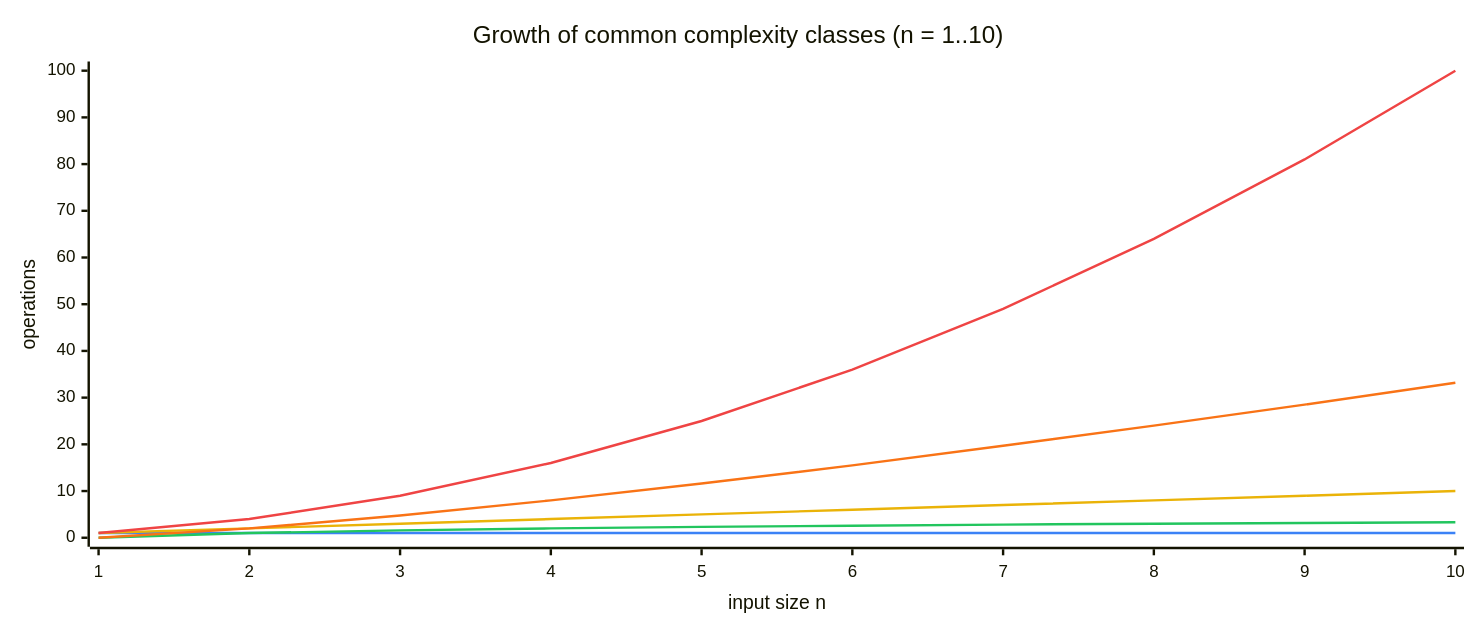
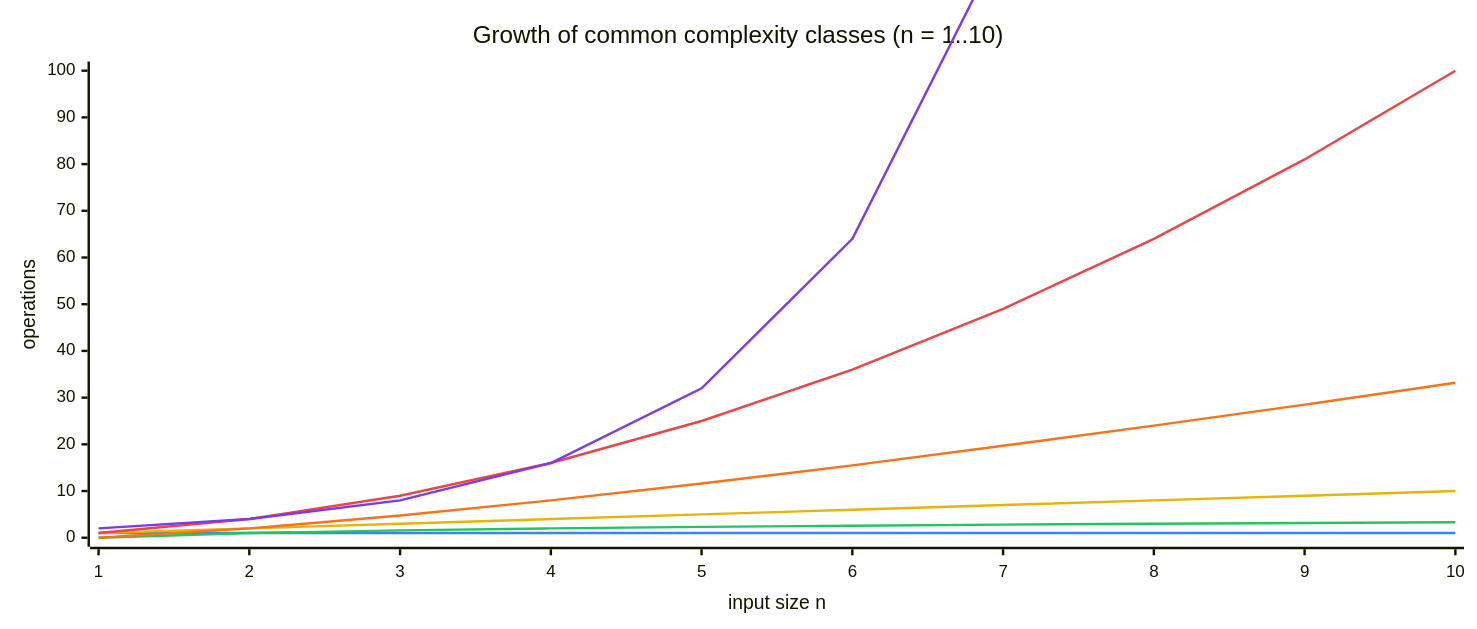
One commit to grafanaKibana/devbook.zip changed the diagram in Vault/Home/Computer Science/Big O Notation.md. Above: the diagram before and after it, drawn with Mermaid. The commit also changed other lines of this file and 9 other files, not shown here.

Commit message:
maintenance: make Big O xy charts full-width; theme via per-chart config

````diff
--- a/Vault/Home/Computer Science/Big O Notation.md
+++ b/Vault/Home/Computer Science/Big O Notation.md
@@ -26,20 +26,21 @@
 ```mermaid
 ---
 config:
   xyChart:
     width: 1200
     height: 500
   themeVariables:
     xyChart:
-      plotColorPalette: "#3b82f6, #22c55e, #eab308, #f97316, #ef4444"
+      plotColorPalette: "#3b82f6, #22c55e, #eab308, #f97316, #ef4444, #7c3aed"
 ---
 xychart-beta
   title "Growth of common complexity classes (n = 1..10)"
   x-axis "input size n" [1, 2, 3, 4, 5, 6, 7, 8, 9, 10]
   y-axis "operations" 0 --> 100
   line [1, 1, 1, 1, 1, 1, 1, 1, 1, 1]
   line [0, 1, 1.58, 2, 2.32, 2.58, 2.81, 3, 3.17, 3.32]
   line [1, 2, 3, 4, 5, 6, 7, 8, 9, 10]
   line [0, 2, 4.75, 8, 11.6, 15.5, 19.7, 24, 28.5, 33.2]
   line [1, 4, 9, 16, 25, 36, 49, 64, 81, 100]
+  line [2, 4, 8, 16, 32, 64, 128, 256, 512, 1024]
 ```
````
